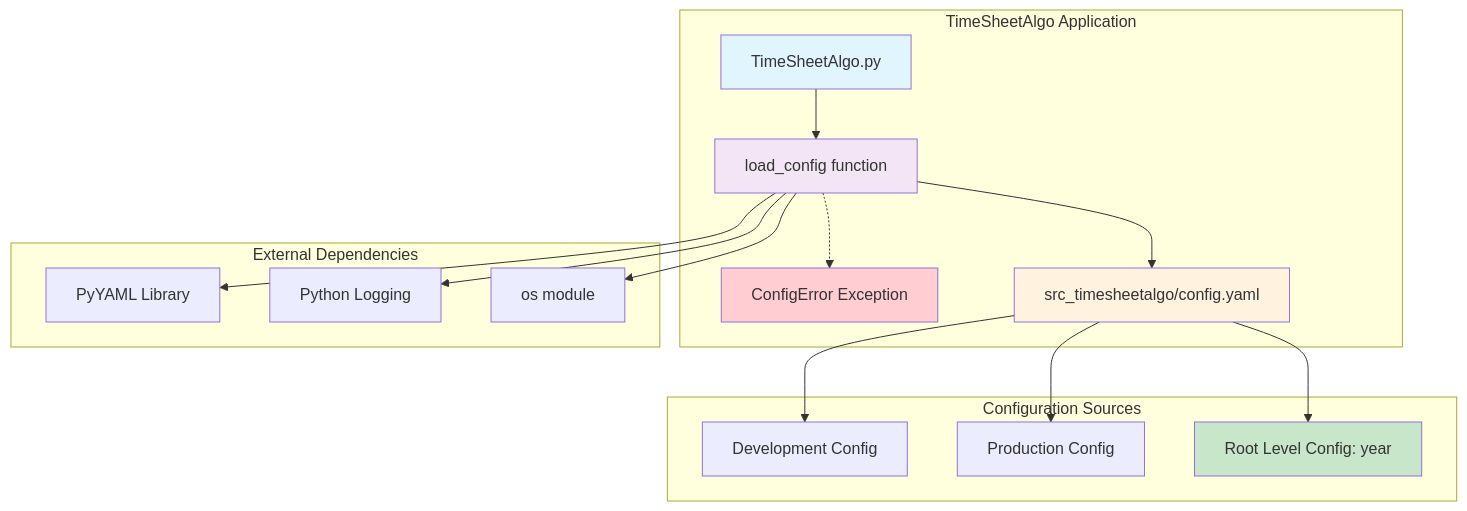
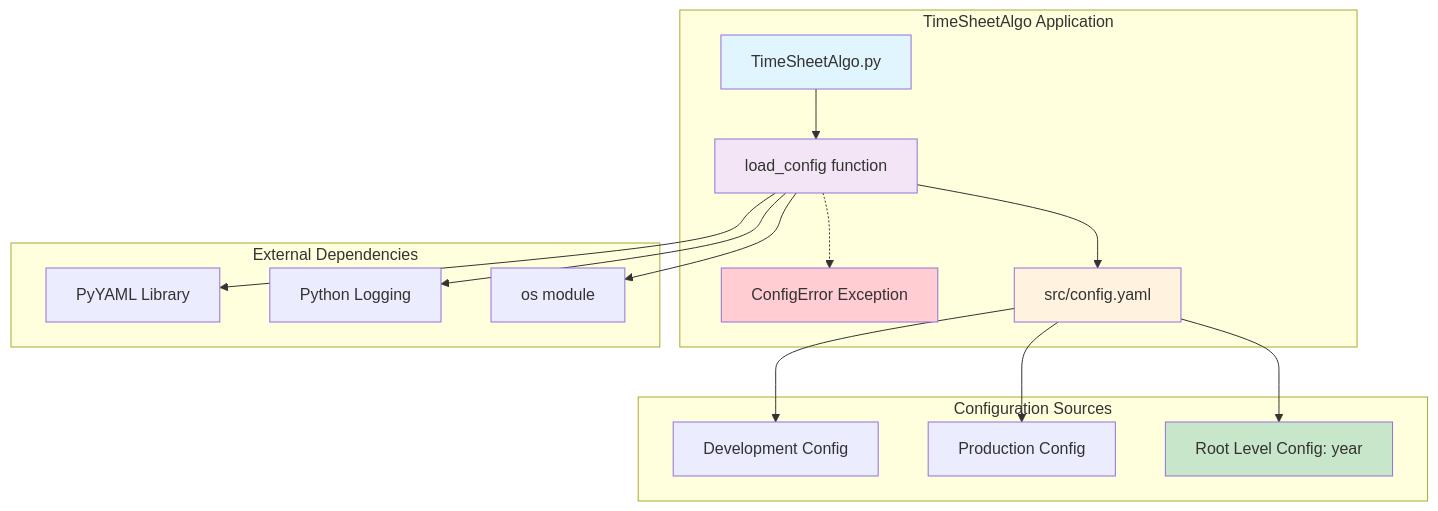
Before and after one commit to DedeHa/TimeSheet: the sixth of 12 diagrams in doc/ARCHITECTURE.md, drawn with Mermaid. The commit also changed other lines of this file and 45 other files, not shown here.

First line of the commit message:
feat(structure): rename src_timesheetalgo to src and clean up implementation plans

````diff
--- a/doc/ARCHITECTURE.md
+++ b/doc/ARCHITECTURE.md
@@ -324,38 +324,38 @@
 ```mermaid
 graph TB
     subgraph "TimeSheetAlgo Application"
         TSA[TimeSheetAlgo.py]
         LCF[load_config function]
         CE[ConfigError Exception]
-        CF[src_timesheetalgo/config.yaml]
+        CF[src/config.yaml]
     end
 
     subgraph "Configuration Sources"
         DEV[Development Config]
         PROD[Production Config]
         ROOT["Root Level Config: year"]
     end
 
     subgraph "External Dependencies"
         YAML[PyYAML Library]
         LOG[Python Logging]
         OS[os module]
     end
 
     TSA --> LCF
     LCF --> CF
     LCF --> YAML
     LCF --> LOG
     LCF --> OS
     LCF -.-> CE
 
     CF --> DEV
     CF --> PROD
     CF --> ROOT
 
     style TSA fill:#e1f5fe
     style LCF fill:#f3e5f5
     style CF fill:#fff3e0
     style CE fill:#ffcdd2
     style ROOT fill:#c8e6c9
 ```
````
